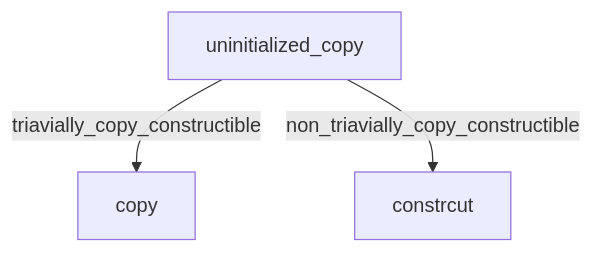
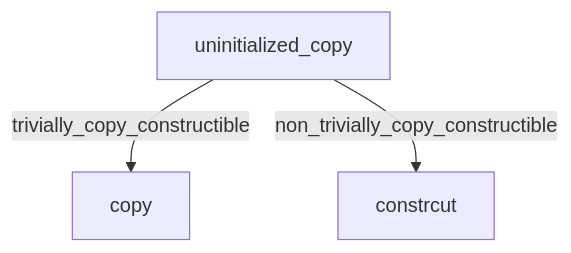
One commit to LiuYuan-SHU/tiny_stl changed diagram 11 of 11 in README.md. Above: the diagram before and after it, drawn with Mermaid. The commit also changed other lines of this file and 1 other file, not shown here.

````diff
--- a/README.md
+++ b/README.md
@@ -205,5 +207,5 @@
 ```mermaid
 flowchart TD;
-uninitialized_copy --triavially_copy_constructible--> copy
-uninitialized_copy --non_triavially_copy_constructible--> constrcut
+uninitialized_copy --trivially_copy_constructible--> copy
+uninitialized_copy --non_trivially_copy_constructible--> constrcut
 ```
````
